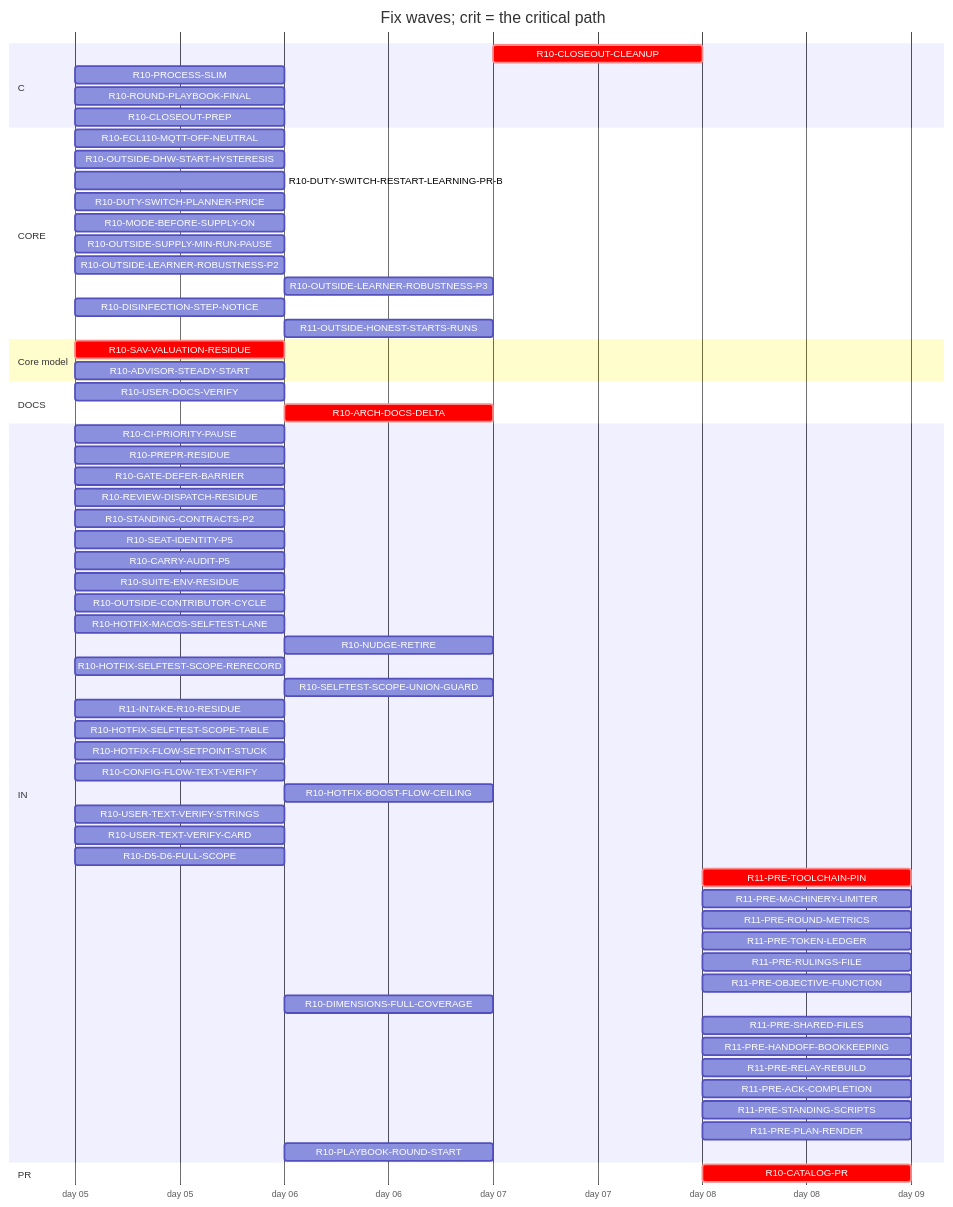
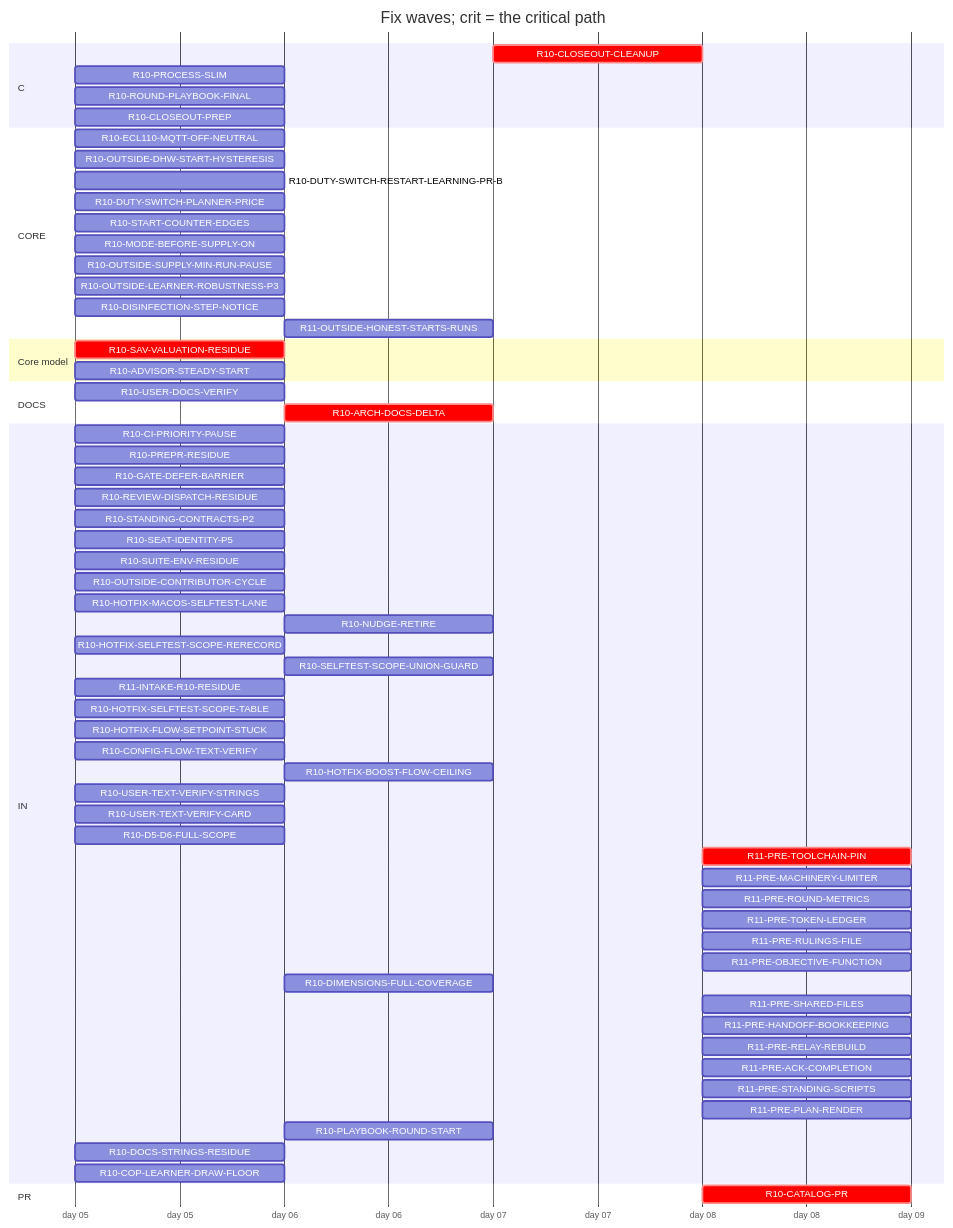
One commit to tvofi/heatpump_optimizer changed the diagram in handoff/round10/state/PLAN-TABLE.md. Above: the diagram before and after it, drawn with Mermaid. The commit also changed other lines of this file and 4 other files, not shown here.

Commit message:
state: FLOW-BOARD.md, NEXT-SESSION-PROMPT.md, PLAN-TABLE.md, PLAN.html, RESUME-CURRENT.md regenerated (state_docs.py)

````diff
--- a/handoff/round10/state/PLAN-TABLE.md
+++ b/handoff/round10/state/PLAN-TABLE.md
@@ -19,66 +19,67 @@
 ```mermaid
 gantt
   title Fix waves; crit = the critical path
   dateFormat YYYY-MM-DD
   axisFormat day %d
   section C
     R10-CLOSEOUT-CLEANUP :crit, r10CLOSEOUTCLEANUP, after r10USERDOCSVERIFY r10CLOSEOUTPREP r10ARCHDOCSDELTA, 1d
     R10-PROCESS-SLIM :r10PROCESSSLIM, 2026-01-05, 1d
     R10-ROUND-PLAYBOOK-FINAL :r10ROUNDPLAYBOOKFINAL, 2026-01-05, 1d
     R10-CLOSEOUT-PREP :r10CLOSEOUTPREP, 2026-01-05, 1d
   section CORE
     R10-ECL110-MQTT-OFF-NEUTRAL :r10ECL110MQTTOFFNEUTRAL, 2026-01-05, 1d
     R10-OUTSIDE-DHW-START-HYSTERESIS :r10OUTSIDEDHWSTARTHYSTERESIS, 2026-01-05, 1d
     R10-DUTY-SWITCH-RESTART-LEARNING-PR-B :r10DUTYSWITCHRESTARTLEARNINGPRB, 2026-01-05, 1d
     R10-DUTY-SWITCH-PLANNER-PRICE :r10DUTYSWITCHPLANNERPRICE, 2026-01-05, 1d
+    R10-START-COUNTER-EDGES :r10STARTCOUNTEREDGES, 2026-01-05, 1d
     R10-MODE-BEFORE-SUPPLY-ON :r10MODEBEFORESUPPLYON, 2026-01-05, 1d
     R10-OUTSIDE-SUPPLY-MIN-RUN-PAUSE :r10OUTSIDESUPPLYMINRUNPAUSE, 2026-01-05, 1d
-    R10-OUTSIDE-LEARNER-ROBUSTNESS-P2 :r10OUTSIDELEARNERROBUSTNESSP2, 2026-01-05, 1d
-    R10-OUTSIDE-LEARNER-ROBUSTNESS-P3 :r10OUTSIDELEARNERROBUSTNESSP3, after r10OUTSIDELEARNERROBUSTNESSP2, 1d
+    R10-OUTSIDE-LEARNER-ROBUSTNESS-P3 :r10OUTSIDELEARNERROBUSTNESSP3, 2026-01-05, 1d
     R10-DISINFECTION-STEP-NOTICE :r10DISINFECTIONSTEPNOTICE, 2026-01-05, 1d
     R11-OUTSIDE-HONEST-STARTS-RUNS :r11OUTSIDEHONESTSTARTSRUNS, after r10DUTYSWITCHPLANNERPRICE r10OUTSIDEDHWSTARTHYSTERESIS r10OUTSIDESUPPLYMINRUNPAUSE r10ADVISORSTEADYSTART, 1d
   section Core model
     R10-SAV-VALUATION-RESIDUE :crit, r10SAVVALUATIONRESIDUE, 2026-01-05, 1d
     R10-ADVISOR-STEADY-START :r10ADVISORSTEADYSTART, 2026-01-05, 1d
   section DOCS
     R10-USER-DOCS-VERIFY :r10USERDOCSVERIFY, 2026-01-05, 1d
     R10-ARCH-DOCS-DELTA :crit, r10ARCHDOCSDELTA, after r10SAVVALUATIONRESIDUE r10ADVISORSTEADYSTART, 1d
   section IN
     R10-CI-PRIORITY-PAUSE :r10CIPRIORITYPAUSE, 2026-01-05, 1d
     R10-PREPR-RESIDUE :r10PREPRRESIDUE, 2026-01-05, 1d
     R10-GATE-DEFER-BARRIER :r10GATEDEFERBARRIER, 2026-01-05, 1d
     R10-REVIEW-DISPATCH-RESIDUE :r10REVIEWDISPATCHRESIDUE, 2026-01-05, 1d
     R10-STANDING-CONTRACTS-P2 :r10STANDINGCONTRACTSP2, 2026-01-05, 1d
     R10-SEAT-IDENTITY-P5 :r10SEATIDENTITYP5, 2026-01-05, 1d
-    R10-CARRY-AUDIT-P5 :r10CARRYAUDITP5, 2026-01-05, 1d
     R10-SUITE-ENV-RESIDUE :r10SUITEENVRESIDUE, 2026-01-05, 1d
     R10-OUTSIDE-CONTRIBUTOR-CYCLE :r10OUTSIDECONTRIBUTORCYCLE, 2026-01-05, 1d
     R10-HOTFIX-MACOS-SELFTEST-LANE :r10HOTFIXMACOSSELFTESTLANE, 2026-01-05, 1d
     R10-NUDGE-RETIRE :r10NUDGERETIRE, after r10ROUNDPLAYBOOKFINAL, 1d
     R10-HOTFIX-SELFTEST-SCOPE-RERECORD :r10HOTFIXSELFTESTSCOPERERECORD, 2026-01-05, 1d
     R10-SELFTEST-SCOPE-UNION-GUARD :r10SELFTESTSCOPEUNIONGUARD, after r10HOTFIXSELFTESTSCOPERERECORD, 1d
     R11-INTAKE-R10-RESIDUE :r11INTAKER10RESIDUE, 2026-01-05, 1d
     R10-HOTFIX-SELFTEST-SCOPE-TABLE :r10HOTFIXSELFTESTSCOPETABLE, 2026-01-05, 1d
     R10-HOTFIX-FLOW-SETPOINT-STUCK :r10HOTFIXFLOWSETPOINTSTUCK, 2026-01-05, 1d
     R10-CONFIG-FLOW-TEXT-VERIFY :r10CONFIGFLOWTEXTVERIFY, 2026-01-05, 1d
     R10-HOTFIX-BOOST-FLOW-CEILING :r10HOTFIXBOOSTFLOWCEILING, after r10HOTFIXFLOWSETPOINTSTUCK, 1d
     R10-USER-TEXT-VERIFY-STRINGS :r10USERTEXTVERIFYSTRINGS, 2026-01-05, 1d
     R10-USER-TEXT-VERIFY-CARD :r10USERTEXTVERIFYCARD, 2026-01-05, 1d
     R10-D5-D6-FULL-SCOPE :r10D5D6FULLSCOPE, 2026-01-05, 1d
     R11-PRE-TOOLCHAIN-PIN :crit, r11PRETOOLCHAINPIN, after r10CATALOGPR, 1d
     R11-PRE-MACHINERY-LIMITER :r11PREMACHINERYLIMITER, after r10CATALOGPR, 1d
     R11-PRE-ROUND-METRICS :r11PREROUNDMETRICS, after r10CATALOGPR, 1d
     R11-PRE-TOKEN-LEDGER :r11PRETOKENLEDGER, after r10CATALOGPR, 1d
     R11-PRE-RULINGS-FILE :r11PRERULINGSFILE, after r10CATALOGPR, 1d
     R11-PRE-OBJECTIVE-FUNCTION :r11PREOBJECTIVEFUNCTION, after r10CATALOGPR, 1d
     R10-DIMENSIONS-FULL-COVERAGE :r10DIMENSIONSFULLCOVERAGE, after r10D5D6FULLSCOPE, 1d
     R11-PRE-SHARED-FILES :r11PRESHAREDFILES, after r10CATALOGPR, 1d
     R11-PRE-HANDOFF-BOOKKEEPING :r11PREHANDOFFBOOKKEEPING, after r10CATALOGPR, 1d
     R11-PRE-RELAY-REBUILD :r11PRERELAYREBUILD, after r10CATALOGPR, 1d
     R11-PRE-ACK-COMPLETION :r11PREACKCOMPLETION, after r10CATALOGPR, 1d
     R11-PRE-STANDING-SCRIPTS :r11PRESTANDINGSCRIPTS, after r10CATALOGPR, 1d
     R11-PRE-PLAN-RENDER :r11PREPLANRENDER, after r10CATALOGPR, 1d
     R10-PLAYBOOK-ROUND-START :r10PLAYBOOKROUNDSTART, after r10ROUNDPLAYBOOKFINAL, 1d
+    R10-DOCS-STRINGS-RESIDUE :r10DOCSSTRINGSRESIDUE, 2026-01-05, 1d
+    R10-COP-LEARNER-DRAW-FLOOR :r10COPLEARNERDRAWFLOOR, 2026-01-05, 1d
   section PR
     R10-CATALOG-PR :crit, r10CATALOGPR, after r10USERDOCSVERIFY r10CLOSEOUTCLEANUP r10CLOSEOUTPREP r10ARCHDOCSDELTA, 1d
 ```
````
